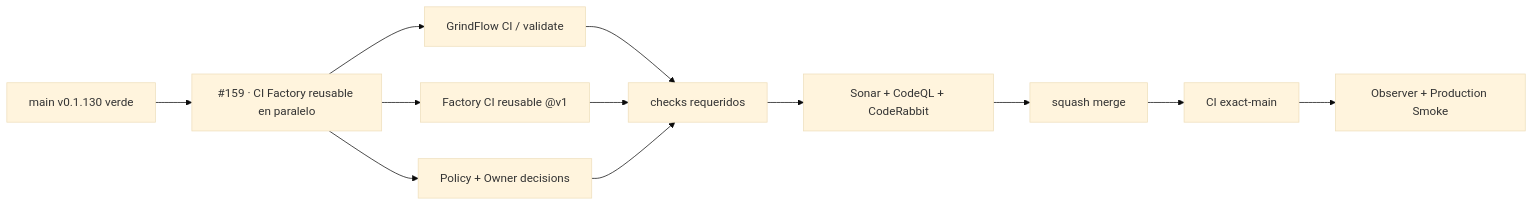
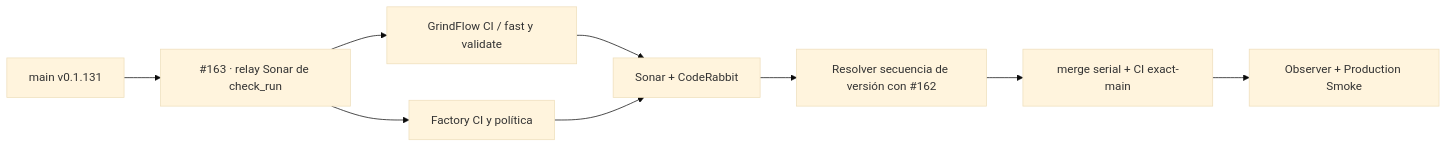
The diagram in README.md (pl0n3r/GrindFlow), drawn with Mermaid (base theme) before and after one commit. The commit also changed other lines of this file, not shown here.

Commit message:
docs: snapshot del relay Sonar y bloqueo de version serial

````diff
--- a/README.md
+++ b/README.md
@@ -47,14 +47,11 @@
 ```mermaid
 flowchart LR
-  A["main v0.1.130 verde"] --> P["#159 · CI Factory reusable en paralelo"]
-  P --> F["GrindFlow CI / validate"]
-  P --> K["Factory CI reusable @v1"]
-  P --> O["Policy + Owner decisions"]
-  F --> Q["checks requeridos"]
+  A["main v0.1.131"] --> P["#163 · relay Sonar de check_run"]
+  P --> F["GrindFlow CI / fast y validate"]
+  P --> K["Factory CI y política"]
+  F --> Q["Sonar + CodeRabbit"]
   K --> Q
-  O --> Q
-  Q --> R["Sonar + CodeQL + CodeRabbit"]
-  R --> M["squash merge"]
-  M --> X["CI exact-main"]
-  X --> S["Observer + Production Smoke"]
+  Q --> B["Resolver secuencia de versión con #162"]
+  B --> M["merge serial + CI exact-main"]
+  M --> S["Observer + Production Smoke"]
 ```
````
